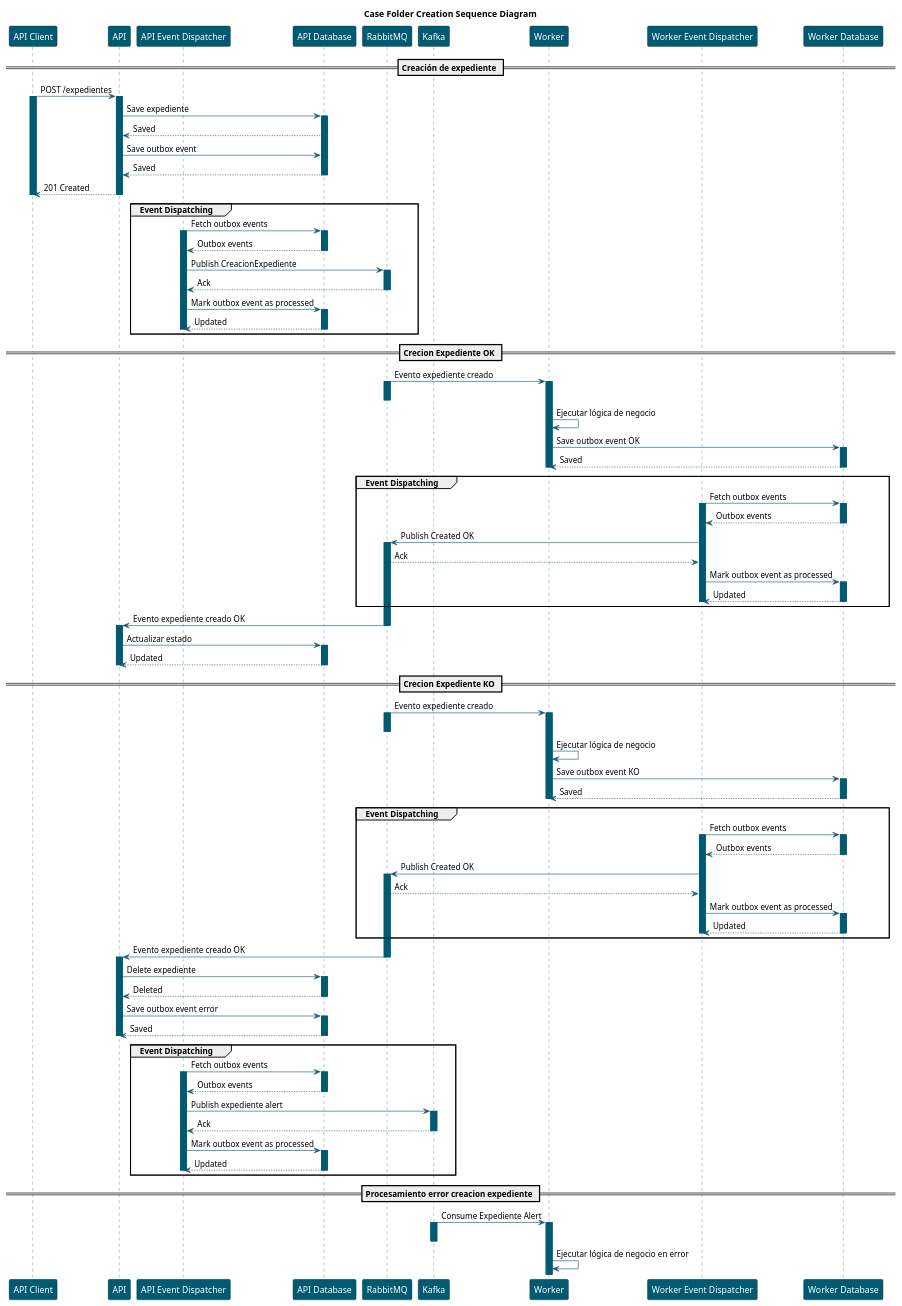
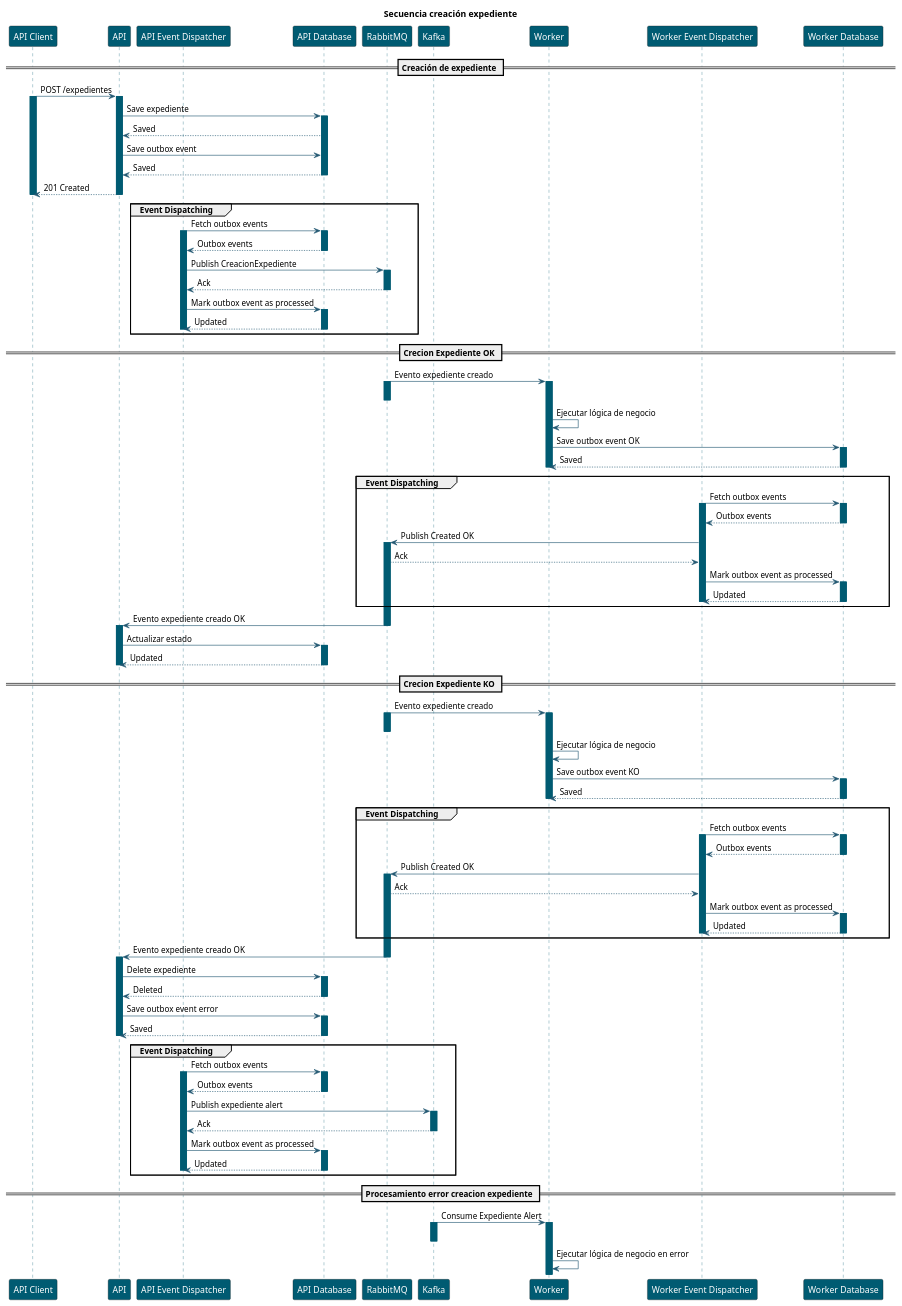
One commit to labcabrera/sample-jakarta-basic-saga changed the diagram in diagrams/creacion-expediente-sequence.plantuml. Above: the diagram before and after it, drawn with PlantUML. The commit also changed 1 other file, not shown here.

Commit message:
Updated diagram.

```diff
--- a/diagrams/creacion-expediente-sequence.plantuml
+++ b/diagrams/creacion-expediente-sequence.plantuml
@@ -1,160 +1,160 @@
-@startuml Case Folder Creation Sequence Diagram
-title Case Folder Creation Sequence Diagram
+@startuml Secuencia creación expediente
+title Secuencia creación expediente
 
 skinparam sequence {
     ParticipantBackgroundColor #005b72
     ParticipantFontColor #ffffff
     ArrowColor #235872
     LifeLineBorderColor #005b72
     LifeLineBackgroundColor #005b72
 }
 
 participant "API Client" as Client
 participant "API" as API
 participant "API Event Dispatcher" as ApiEventDispatcher
 participant "API Database" as ApiDB
 participant "RabbitMQ" as Rabbit
 participant "Kafka" as Kafka
 participant "Worker" as Worker
 participant "Worker Event Dispatcher" as WorkerEventDispatcher
 participant "Worker Database" as WorkerDB
 
 == Creación de expediente ==
 
 Client -> API: POST /expedientes
 activate Client
 activate API
 API -> ApiDB: Save expediente
 activate ApiDB
 ApiDB --> API: Saved
 API -> ApiDB: Save outbox event
 ApiDB --> API: Saved
 deactivate ApiDB
 API --> Client: 201 Created
 deactivate API
 deactivate Client
 
 group Event Dispatching
     ApiEventDispatcher -> ApiDB: Fetch outbox events
     activate ApiEventDispatcher
     activate ApiDB
     ApiDB --> ApiEventDispatcher: Outbox events
     deactivate ApiDB
     ApiEventDispatcher -> Rabbit: Publish CreacionExpediente
     activate Rabbit
     Rabbit --> ApiEventDispatcher: Ack
     deactivate Rabbit
     ApiEventDispatcher -> ApiDB: Mark outbox event as processed
     activate ApiDB
     ApiDB --> ApiEventDispatcher: Updated
     deactivate ApiDB
     deactivate ApiEventDispatcher
 end
 
 == Crecion Expediente OK ==
 
 Rabbit -> Worker: Evento expediente creado
 activate Rabbit
 deactivate Rabbit
 activate Worker
 Worker -> Worker: Ejecutar lógica de negocio
 Worker -> WorkerDB: Save outbox event OK
 activate WorkerDB
 WorkerDB --> Worker: Saved
 deactivate WorkerDB
 deactivate Worker
 
 group Event Dispatching
     WorkerEventDispatcher -> WorkerDB: Fetch outbox events
     activate WorkerEventDispatcher
     activate WorkerDB
     WorkerDB --> WorkerEventDispatcher: Outbox events
     deactivate WorkerDB
     WorkerEventDispatcher -> Rabbit: Publish Created OK
     activate Rabbit
     Rabbit --> WorkerEventDispatcher: Ack
     WorkerEventDispatcher -> WorkerDB: Mark outbox event as processed
     activate WorkerDB
     WorkerDB --> WorkerEventDispatcher: Updated
     deactivate WorkerEventDispatcher
     deactivate WorkerDB
 end
 
 Rabbit -> API: Evento expediente creado OK
 deactivate Rabbit
 activate API
 API -> ApiDB: Actualizar estado
 activate ApiDB
 ApiDB --> API: Updated
 deactivate ApiDB
 deactivate API
 
 == Crecion Expediente KO ==
 
 Rabbit -> Worker: Evento expediente creado
 activate Rabbit
 deactivate Rabbit
 activate Worker
 Worker -> Worker: Ejecutar lógica de negocio
 Worker -> WorkerDB: Save outbox event KO
 activate WorkerDB
 WorkerDB --> Worker: Saved
 deactivate WorkerDB
 deactivate Worker
 
 group Event Dispatching
     WorkerEventDispatcher -> WorkerDB: Fetch outbox events
     activate WorkerEventDispatcher
     activate WorkerDB
     WorkerDB --> WorkerEventDispatcher: Outbox events
     deactivate WorkerDB
     WorkerEventDispatcher -> Rabbit: Publish Created OK
     activate Rabbit
     Rabbit --> WorkerEventDispatcher: Ack
     WorkerEventDispatcher -> WorkerDB: Mark outbox event as processed
     activate WorkerDB
     WorkerDB --> WorkerEventDispatcher: Updated
     deactivate WorkerEventDispatcher
     deactivate WorkerDB
 end
 
 Rabbit -> API: Evento expediente creado OK
 deactivate Rabbit
 activate API
 API -> ApiDB: Delete expediente
 activate ApiDB
 ApiDB --> API: Deleted
 deactivate ApiDB
 
 API -> ApiDB: Save outbox event error
 activate ApiDB
 ApiDB --> API: Saved
 deactivate ApiDB
 deactivate API
 
 group Event Dispatching
     ApiEventDispatcher -> ApiDB: Fetch outbox events
     activate ApiEventDispatcher
     activate ApiDB
     ApiDB --> ApiEventDispatcher: Outbox events
     deactivate ApiDB
     ApiEventDispatcher -> Kafka: Publish expediente alert
     activate Kafka
     Kafka --> ApiEventDispatcher: Ack
     deactivate Kafka
     ApiEventDispatcher -> ApiDB: Mark outbox event as processed
     activate ApiDB
     ApiDB --> ApiEventDispatcher: Updated
     deactivate ApiDB
     deactivate ApiEventDispatcher
 end
 
 == Procesamiento error creacion expediente ==
 
 Kafka -> Worker: Consume Expediente Alert
 Activate Kafka
 deactivate Kafka
 activate Worker
 Worker -> Worker: Ejecutar lógica de negocio en error
 
 @enduml
```
